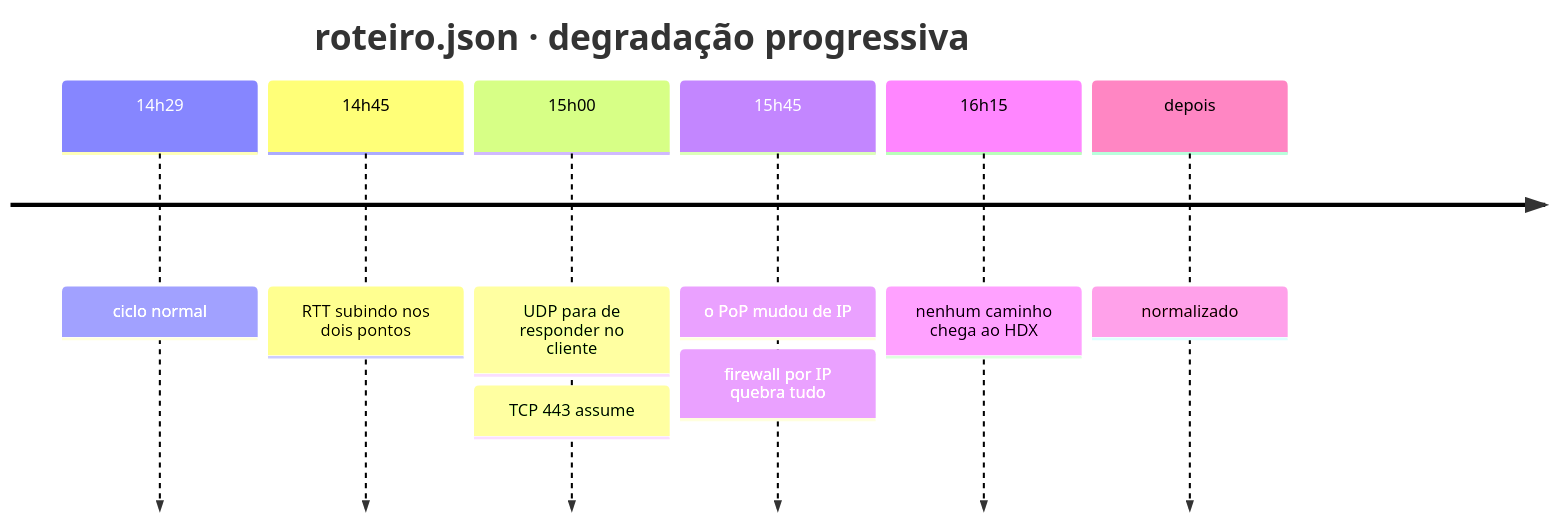
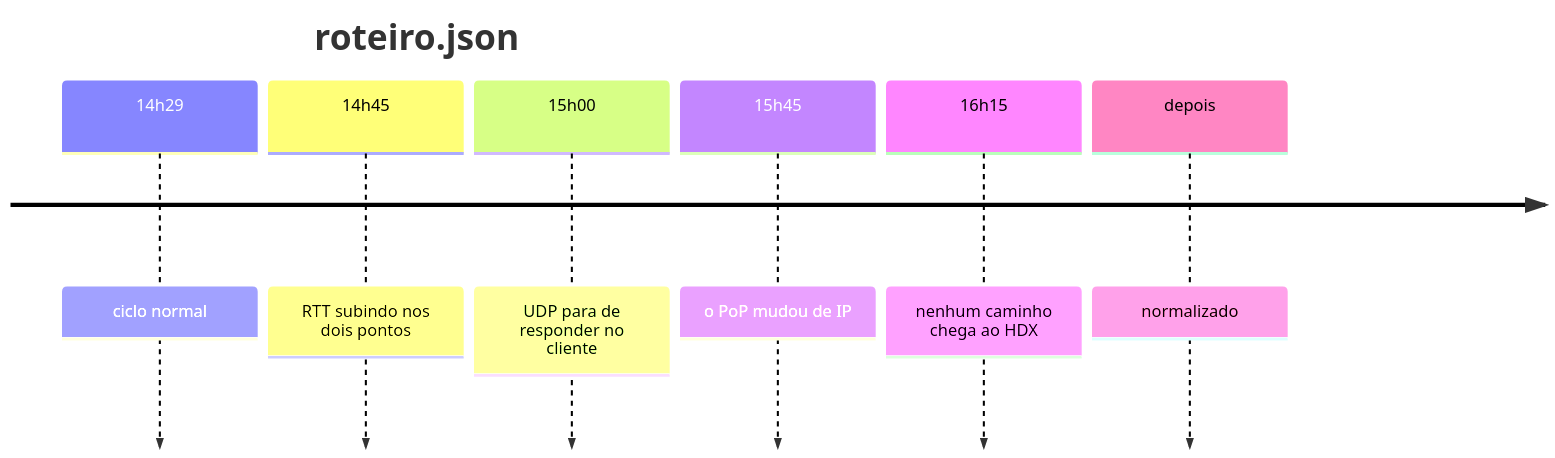
Before and after one commit to tr0drigues/gemeodigital: diagram 12 of 12 in README.md, drawn with Mermaid. The commit also changed other lines of this file and 2 other files, not shown here.

````diff
--- a/README.md
+++ b/README.md
@@ -743,12 +650,10 @@
 ```mermaid
 timeline
-    title roteiro.json · degradação progressiva
+    title roteiro.json
     14h29 : ciclo normal
     14h45 : RTT subindo nos dois pontos
     15h00 : UDP para de responder no cliente
-          : TCP 443 assume
     15h45 : o PoP mudou de IP
-          : firewall por IP quebra tudo
     16h15 : nenhum caminho chega ao HDX
     depois : normalizado
 ```
````
